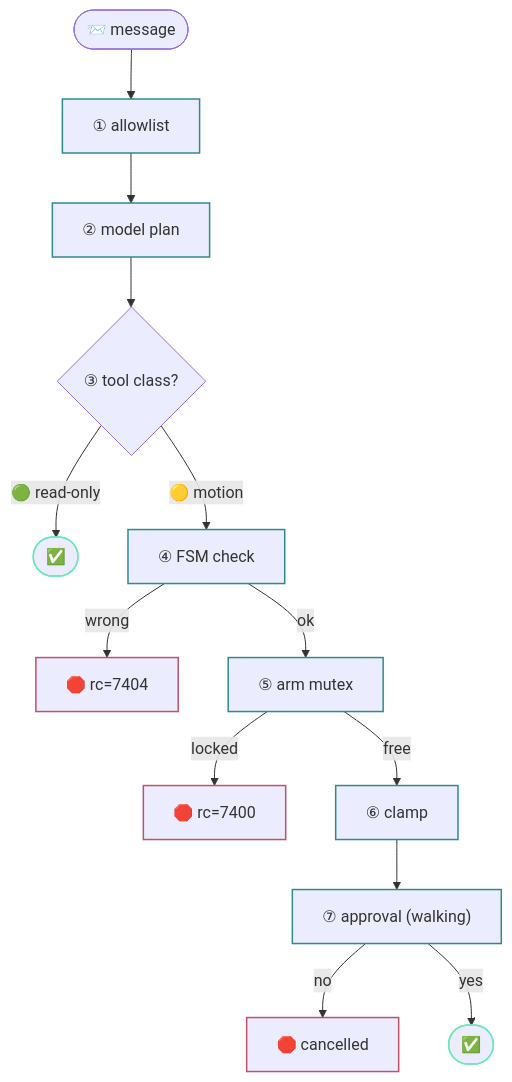
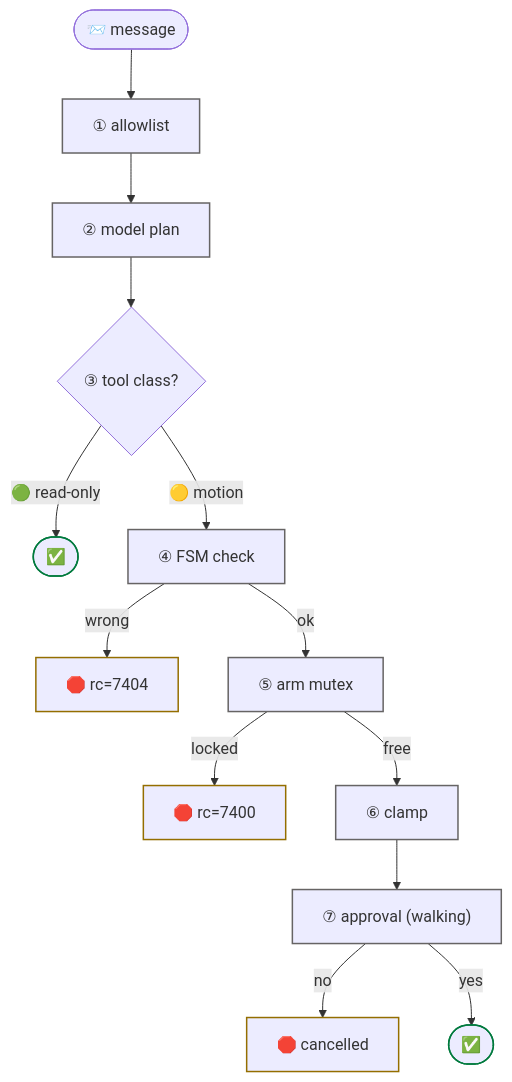
One commit to cagataycali/neon-the-g1 changed the diagram in docs/guide/safety.md. Above: the diagram before and after it, drawn with Mermaid. The commit also changed 10 other files, not shown here.

Commit message:
mermaid: Material renders the fences itself; --md-mermaid-* tokens put diagrams in ink on the page surface, classDef strokes in the palette (green / grey / amber), neon's own mermaid@10 renderer and both init scripts removed

````diff
--- a/docs/guide/safety.md
+++ b/docs/guide/safety.md
@@ -8,21 +8,21 @@
 ```mermaid
 flowchart TD
   U(["📨 message"]) --> L1["① allowlist"]
   L1 --> L2["② model plan"]
   L2 --> L3{"③ tool class?"}
   L3 -->|"🟢 read-only"| OK1(["✅"])
   L3 -->|"🟡 motion"| L4["④ FSM check"]
   L4 -->|"wrong"| R1["🛑 rc=7404"]
   L4 -->|"ok"| L5["⑤ arm mutex"]
   L5 -->|"locked"| R2["🛑 rc=7400"]
   L5 -->|"free"| L6["⑥ clamp"]
   L6 --> L7["⑦ approval (walking)"]
   L7 -->|"no"| R4["🛑 cancelled"]
   L7 -->|"yes"| OK2(["✅"])
-  classDef gate stroke:#2e8b8b,stroke-width:1.5px
-  classDef refuse stroke:#c0506b,stroke-width:1.5px
-  classDef ok stroke:#6ee7b7,stroke-width:1.5px
+  classDef gate stroke:#666464,stroke-width:1.5px
+  classDef refuse stroke:#946e00,stroke-width:1.5px
+  classDef ok stroke:#007a3d,stroke-width:1.5px
   class L1,L2,L4,L5,L6,L7 gate
   class R1,R2,R4 refuse
   class OK1,OK2 ok
 ```
````
